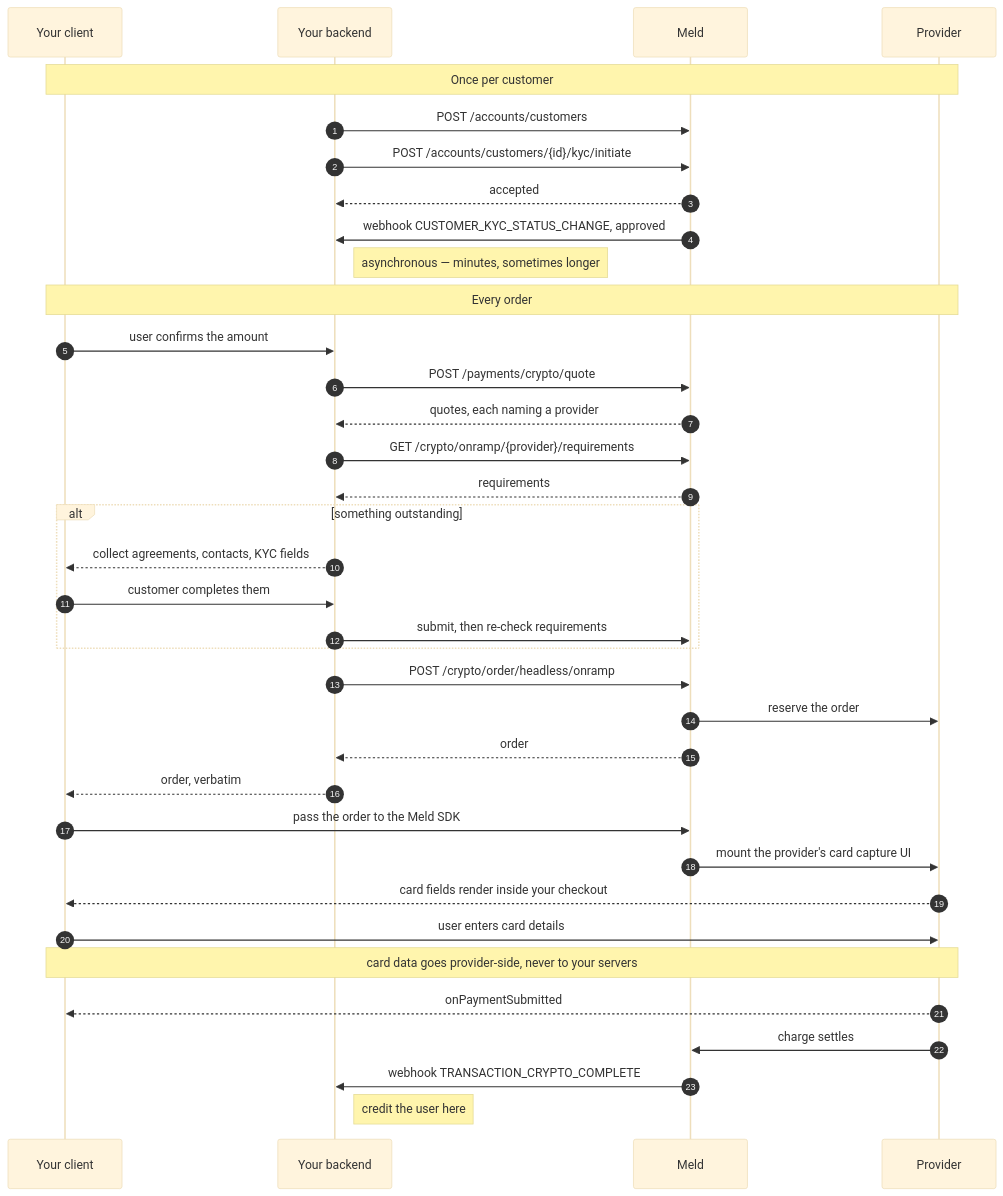
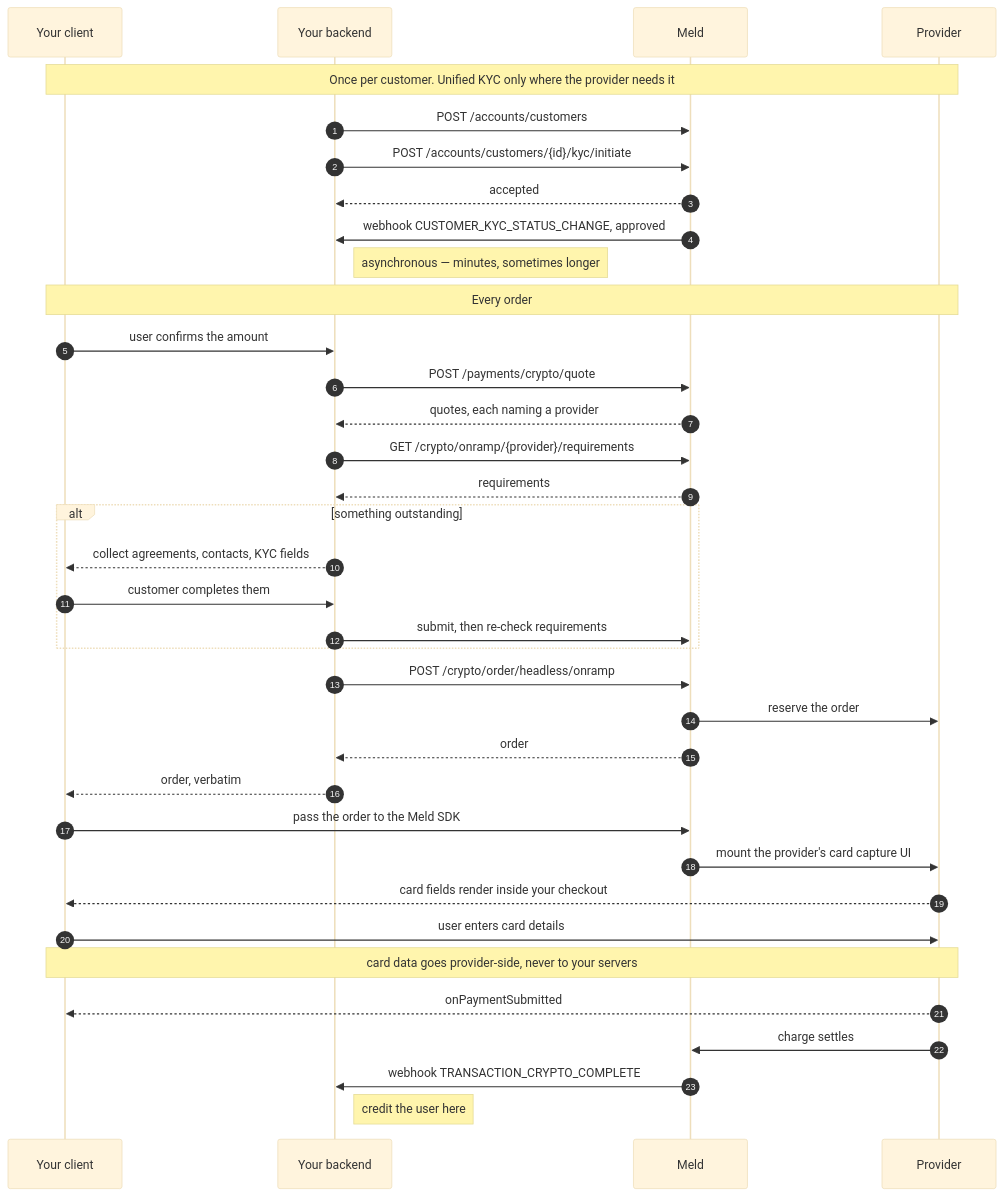
Before and after one commit to meldeng/docs: the diagram in docs/stablecoins/headless-integration/cards.mdx, drawn with Mermaid (base theme). The commit also changed other lines of this file and 15 other files, not shown here.

````diff
--- a/docs/stablecoins/headless-integration/cards.mdx
+++ b/docs/stablecoins/headless-integration/cards.mdx
@@ -27,43 +27,43 @@
 ```mermaid
 sequenceDiagram
     autonumber
     participant App as Your client
     participant Api as Your backend
     participant Meld
     participant P as Provider
 
-    Note over App,P: Once per customer
+    Note over App,P: Once per customer. Unified KYC only where the provider needs it
     Api->>Meld: POST /accounts/customers
     Api->>Meld: POST /accounts/customers/{id}/kyc/initiate
     Meld-->>Api: accepted
     Meld->>Api: webhook CUSTOMER_KYC_STATUS_CHANGE, approved
     Note right of Api: asynchronous — minutes, sometimes longer
 
     Note over App,P: Every order
     App->>Api: user confirms the amount
     Api->>Meld: POST /payments/crypto/quote
     Meld-->>Api: quotes, each naming a provider
     Api->>Meld: GET /crypto/onramp/{provider}/requirements
     Meld-->>Api: requirements
     alt something outstanding
         Api-->>App: collect agreements, contacts, KYC fields
         App->>Api: customer completes them
         Api->>Meld: submit, then re-check requirements
     end
 
     Api->>Meld: POST /crypto/order/headless/onramp
     Meld->>P: reserve the order
     Meld-->>Api: order
     Api-->>App: order, verbatim
 
     App->>Meld: pass the order to the Meld SDK
     Meld->>P: mount the provider's card capture UI
     P-->>App: card fields render inside your checkout
     App->>P: user enters card details
     Note over App,P: card data goes provider-side, never to your servers
     P-->>App: onPaymentSubmitted
 
     P->>Meld: charge settles
     Meld->>Api: webhook TRANSACTION_CRYPTO_COMPLETE
     Note right of Api: credit the user here
 ```
````
